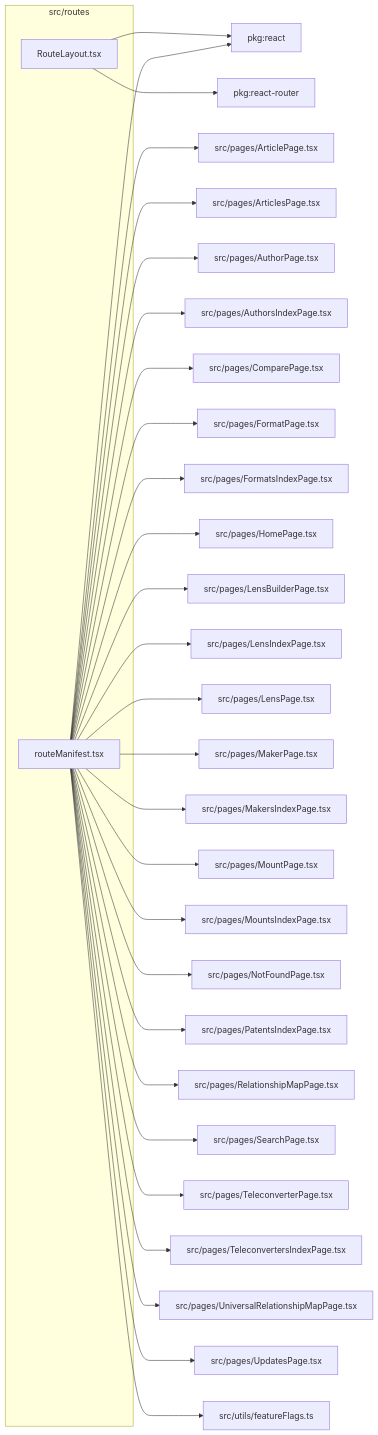
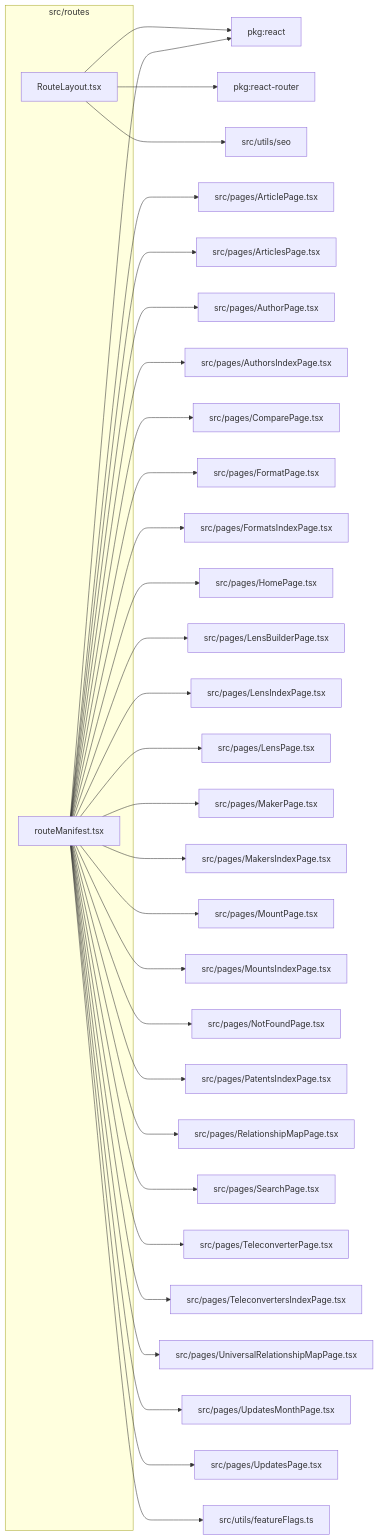
One commit to ronbuening/LensVisualizer changed the diagram in src/routes/readme.md. Above: the diagram before and after it, drawn with Mermaid. The commit also changed other lines of this file and 35 other files, not shown here.

````diff
--- a/src/routes/readme.md
+++ b/src/routes/readme.md
@@ -9,60 +9,64 @@
 ```mermaid
 flowchart LR
   subgraph n_src_routes["src/routes"]
     n_src_routes_src_routes_RouteLayout_tsx["RouteLayout.tsx"]
     n_src_routes_src_routes_routeManifest_tsx["routeManifest.tsx"]
   end
   n_external_pkg_react["pkg:react"]
   n_external_pkg_react_router["pkg:react-router"]
   n_external_src_pages_ArticlePage_tsx["src/pages/ArticlePage.tsx"]
   n_external_src_pages_ArticlesPage_tsx["src/pages/ArticlesPage.tsx"]
   n_external_src_pages_AuthorPage_tsx["src/pages/AuthorPage.tsx"]
   n_external_src_pages_AuthorsIndexPage_tsx["src/pages/AuthorsIndexPage.tsx"]
   n_external_src_pages_ComparePage_tsx["src/pages/ComparePage.tsx"]
   n_external_src_pages_FormatPage_tsx["src/pages/FormatPage.tsx"]
   n_external_src_pages_FormatsIndexPage_tsx["src/pages/FormatsIndexPage.tsx"]
   n_external_src_pages_HomePage_tsx["src/pages/HomePage.tsx"]
   n_external_src_pages_LensBuilderPage_tsx["src/pages/LensBuilderPage.tsx"]
   n_external_src_pages_LensIndexPage_tsx["src/pages/LensIndexPage.tsx"]
   n_external_src_pages_LensPage_tsx["src/pages/LensPage.tsx"]
   n_external_src_pages_MakerPage_tsx["src/pages/MakerPage.tsx"]
   n_external_src_pages_MakersIndexPage_tsx["src/pages/MakersIndexPage.tsx"]
   n_external_src_pages_MountPage_tsx["src/pages/MountPage.tsx"]
   n_external_src_pages_MountsIndexPage_tsx["src/pages/MountsIndexPage.tsx"]
   n_external_src_pages_NotFoundPage_tsx["src/pages/NotFoundPage.tsx"]
   n_external_src_pages_PatentsIndexPage_tsx["src/pages/PatentsIndexPage.tsx"]
   n_external_src_pages_RelationshipMapPage_tsx["src/pages/RelationshipMapPage.tsx"]
   n_external_src_pages_SearchPage_tsx["src/pages/SearchPage.tsx"]
   n_external_src_pages_TeleconverterPage_tsx["src/pages/TeleconverterPage.tsx"]
   n_external_src_pages_TeleconvertersIndexPage_tsx["src/pages/TeleconvertersIndexPage.tsx"]
   n_external_src_pages_UniversalRelationshipMapPage_tsx["src/pages/UniversalRelationshipMapPage.tsx"]
+  n_external_src_pages_UpdatesMonthPage_tsx["src/pages/UpdatesMonthPage.tsx"]
   n_external_src_pages_UpdatesPage_tsx["src/pages/UpdatesPage.tsx"]
   n_external_src_utils_featureFlags_ts["src/utils/featureFlags.ts"]
+  n_external_src_utils_seo["src/utils/seo"]
   n_src_routes_src_routes_RouteLayout_tsx --> n_external_pkg_react
   n_src_routes_src_routes_routeManifest_tsx --> n_external_pkg_react
   n_src_routes_src_routes_RouteLayout_tsx --> n_external_pkg_react_router
   n_src_routes_src_routes_routeManifest_tsx --> n_external_src_pages_ArticlePage_tsx
   n_src_routes_src_routes_routeManifest_tsx --> n_external_src_pages_ArticlesPage_tsx
   n_src_routes_src_routes_routeManifest_tsx --> n_external_src_pages_AuthorPage_tsx
   n_src_routes_src_routes_routeManifest_tsx --> n_external_src_pages_AuthorsIndexPage_tsx
   n_src_routes_src_routes_routeManifest_tsx --> n_external_src_pages_ComparePage_tsx
   n_src_routes_src_routes_routeManifest_tsx --> n_external_src_pages_FormatPage_tsx
   n_src_routes_src_routes_routeManifest_tsx --> n_external_src_pages_FormatsIndexPage_tsx
   n_src_routes_src_routes_routeManifest_tsx --> n_external_src_pages_HomePage_tsx
   n_src_routes_src_routes_routeManifest_tsx --> n_external_src_pages_LensBuilderPage_tsx
   n_src_routes_src_routes_routeManifest_tsx --> n_external_src_pages_LensIndexPage_tsx
   n_src_routes_src_routes_routeManifest_tsx --> n_external_src_pages_LensPage_tsx
   n_src_routes_src_routes_routeManifest_tsx --> n_external_src_pages_MakerPage_tsx
   n_src_routes_src_routes_routeManifest_tsx --> n_external_src_pages_MakersIndexPage_tsx
   n_src_routes_src_routes_routeManifest_tsx --> n_external_src_pages_MountPage_tsx
   n_src_routes_src_routes_routeManifest_tsx --> n_external_src_pages_MountsIndexPage_tsx
   n_src_routes_src_routes_routeManifest_tsx --> n_external_src_pages_NotFoundPage_tsx
   n_src_routes_src_routes_routeManifest_tsx --> n_external_src_pages_PatentsIndexPage_tsx
   n_src_routes_src_routes_routeManifest_tsx --> n_external_src_pages_RelationshipMapPage_tsx
   n_src_routes_src_routes_routeManifest_tsx --> n_external_src_pages_SearchPage_tsx
   n_src_routes_src_routes_routeManifest_tsx --> n_external_src_pages_TeleconverterPage_tsx
   n_src_routes_src_routes_routeManifest_tsx --> n_external_src_pages_TeleconvertersIndexPage_tsx
   n_src_routes_src_routes_routeManifest_tsx --> n_external_src_pages_UniversalRelationshipMapPage_tsx
+  n_src_routes_src_routes_routeManifest_tsx --> n_external_src_pages_UpdatesMonthPage_tsx
   n_src_routes_src_routes_routeManifest_tsx --> n_external_src_pages_UpdatesPage_tsx
   n_src_routes_src_routes_routeManifest_tsx --> n_external_src_utils_featureFlags_ts
+  n_src_routes_src_routes_RouteLayout_tsx --> n_external_src_utils_seo
 ```
````
